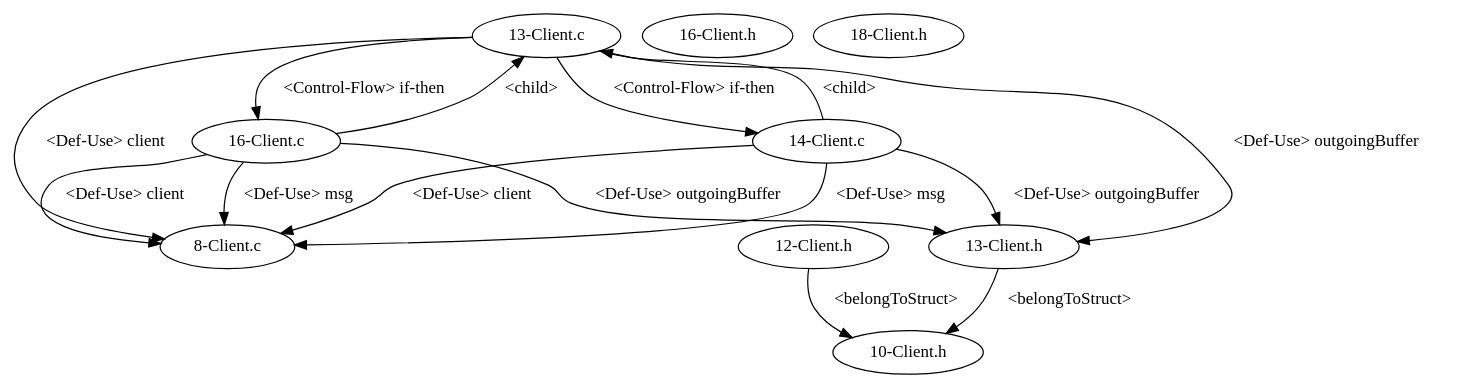
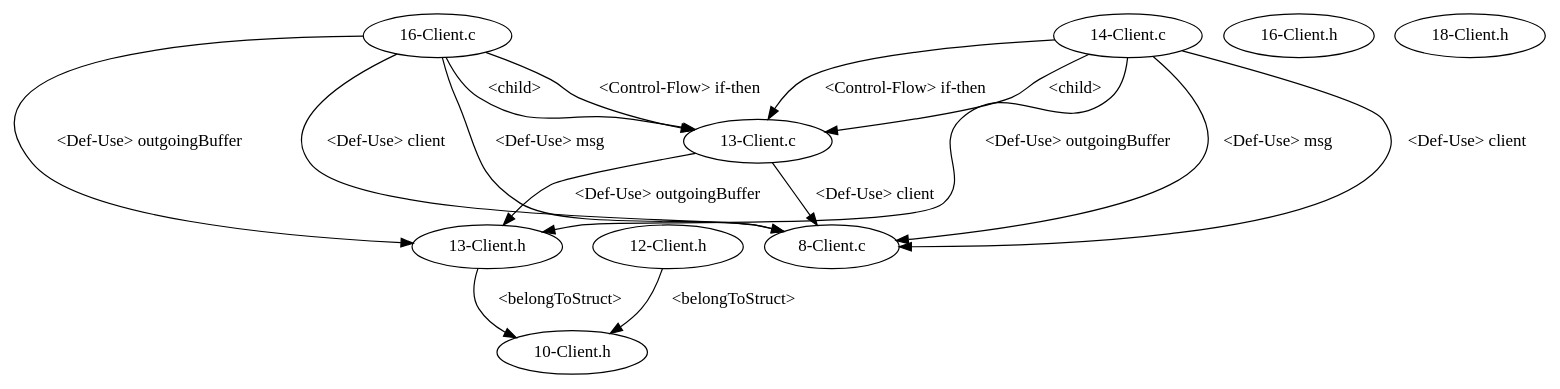
The diagram in testcpp/dependencyGraph/EmailSystem/test_10/graph.gv (shuiblue/JDimeForCpp), drawn with Graphviz before and after one commit. The commit also changed 10 other files, not shown here.

```diff
--- a/testcpp/dependencyGraph/EmailSystem/test_10/graph.gv
+++ b/testcpp/dependencyGraph/EmailSystem/test_10/graph.gv
@@ -1,25 +1,25 @@
 digraph {
 1 [label = "8-Client.c"];
 2 [label = "13-Client.c"];
 2 -> 1[label="<Def-Use> client"];
 3 [label = "14-Client.c"];
 3 -> 1[label="<Def-Use> client"];
 3 -> 1[label="<Def-Use> msg"];
 3 -> 2[label="<child>"];
 4 [label = "16-Client.c"];
 4 -> 1[label="<Def-Use> client"];
 4 -> 2[label="<child>"];
 4 -> 1[label="<Def-Use> msg"];
-2 -> 3[label="<Control-Flow> if-then"];
-2 -> 4[label="<Control-Flow> if-then"];
+3 -> 2[label="<Control-Flow> if-then"];
+4 -> 2[label="<Control-Flow> if-then"];
 5 [label = "10-Client.h"];
 6 [label = "12-Client.h"];
 7 [label = "13-Client.h"];
 6 -> 5[label="<belongToStruct>"];
 7 -> 5[label="<belongToStruct>"];
 8 [label = "16-Client.h"];
 9 [label = "18-Client.h"];
+2 -> 7[label="<Def-Use> outgoingBuffer"];
 3 -> 7[label="<Def-Use> outgoingBuffer"];
-2 -> 7[label="<Def-Use> outgoingBuffer"];
 4 -> 7[label="<Def-Use> outgoingBuffer"];
 }
```
